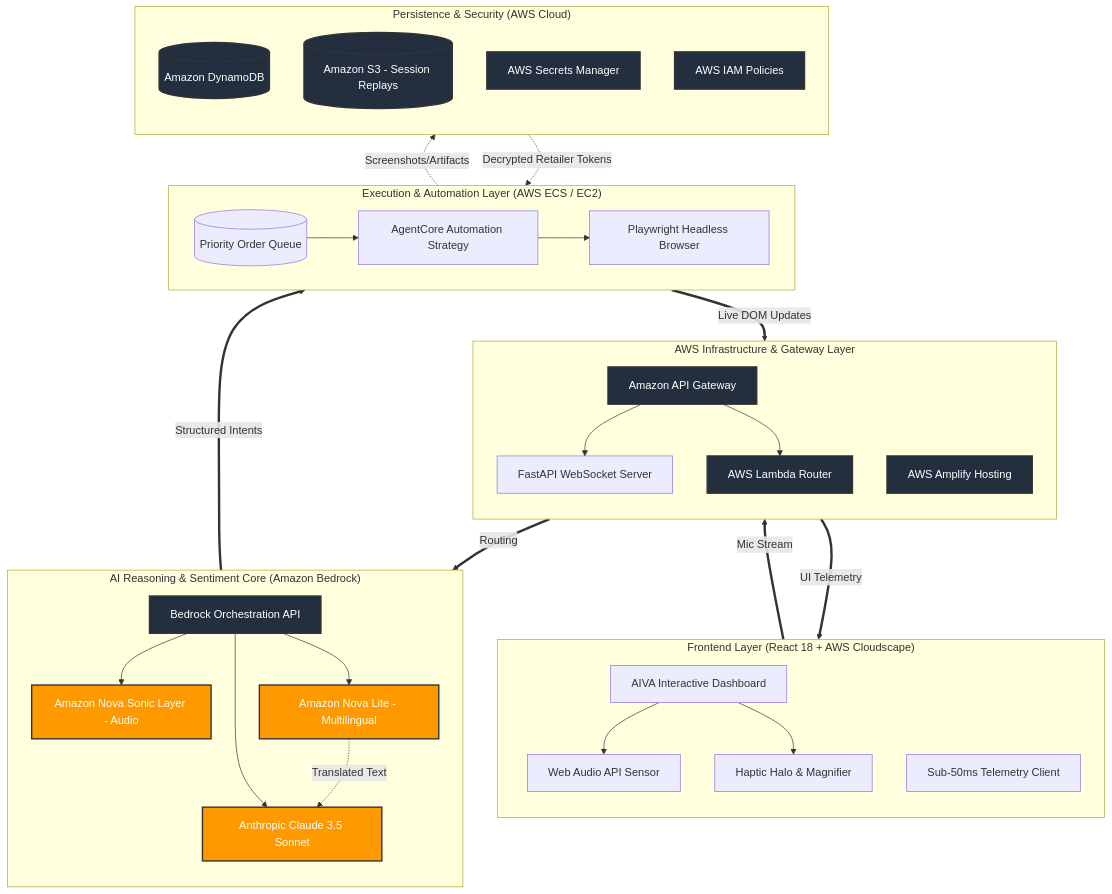
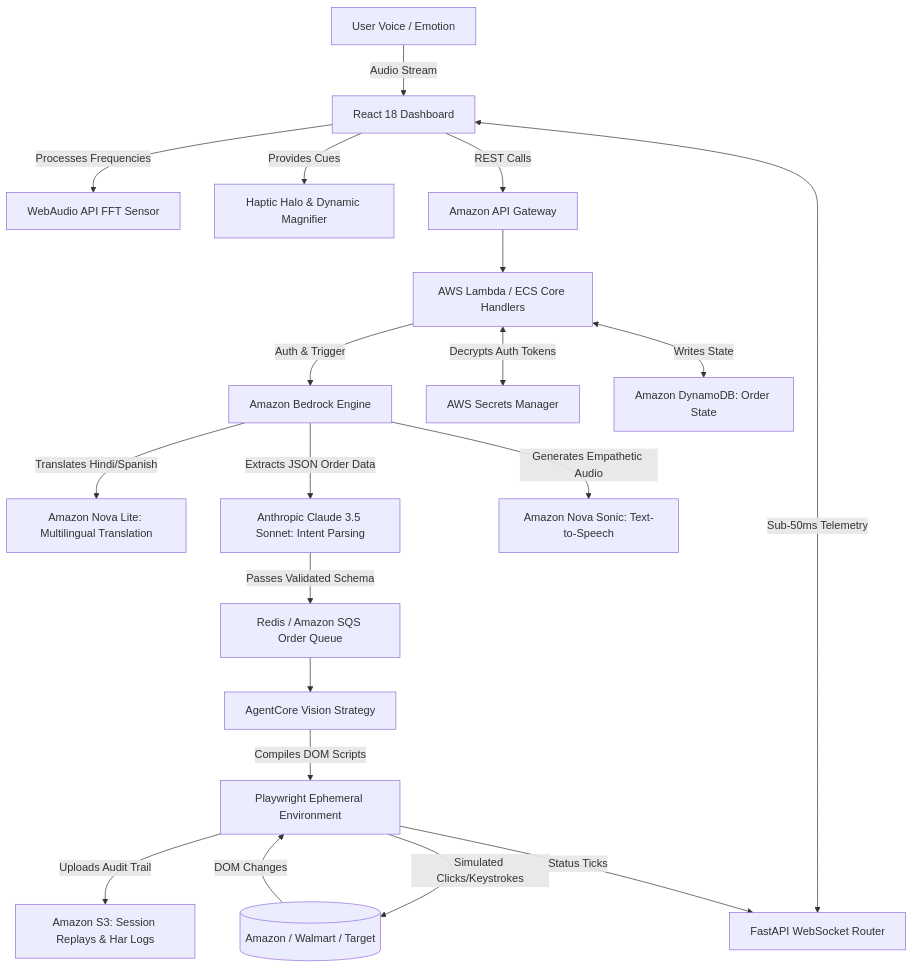
One commit to PramitKumarPanda18/AIVA-Web-Accessibility-Assistant changed the diagram in README.md. Above: the diagram before and after it, drawn with Mermaid. The commit also changed other lines of this file, not shown here.

Commit message:
Expand README to maximum detail, fix architecture diagram visibility, format credits

````diff
--- a/README.md
+++ b/README.md
@@ -60,70 +82,57 @@
 ```mermaid
-graph TB
+graph TD
 
-subgraph "Frontend Layer (React 18 + AWS Cloudscape)"
-    direction TB
-    UI_Dashboard[AIVA Interactive Dashboard]
-    AudioAPI[Web Audio API Sensor]
-    VisualFeedback[Haptic Halo & Magnifier]
-    WebSocketClient[Sub-50ms Telemetry Client]
+    %% SENSORY LAYER
+    User_Voice[User Voice / Emotion] 
+    React_Dashboard[React 18 Dashboard]
+    WebAudio_Sensor[WebAudio API FFT Sensor]
+    Haptic_Visuals[Haptic Halo & Dynamic Magnifier]
+    
+    User_Voice --> |Audio Stream| React_Dashboard
+    React_Dashboard --> |Processes Frequencies| WebAudio_Sensor
+    React_Dashboard --> |Provides Cues| Haptic_Visuals
 
-    UI_Dashboard --> AudioAPI
-    UI_Dashboard --> VisualFeedback
-end
+    %% API GATEWAY LAYER
+    API_Gateway[Amazon API Gateway]
+    WebSocket_Server[FastAPI WebSocket Router]
+    Lambda_Core[AWS Lambda / ECS Core Handlers]
 
-subgraph "AWS Infrastructure & Gateway Layer"
-    direction TB
-    APIGateway[Amazon API Gateway]
-    Amplify[AWS Amplify Hosting]
-    Lambda[AWS Lambda Router]
-    WSS[FastAPI WebSocket Server]
+    React_Dashboard --> |REST Calls| API_Gateway
+    React_Dashboard <--> |Sub-50ms Telemetry| WebSocket_Server
+    API_Gateway --> Lambda_Core
 
-    APIGateway --> WSS
-    APIGateway --> Lambda
-end
+    %% AI REASONING LAYER (AWS BEDROCK)
+    Bedrock_Runtime[Amazon Bedrock Engine]
+    Nova_Lite[Amazon Nova Lite: Multilingual Translation]
+    Claude_Sonnet[Anthropic Claude 3.5 Sonnet: Intent Parsing]
+    Nova_Sonic[Amazon Nova Sonic: Text-to-Speech]
 
-subgraph "AI Reasoning & Sentiment Core (Amazon Bedrock)"
-    direction TB
-    BedrockControl[Bedrock Orchestration API]
-    NovaSonic[Amazon Nova Sonic Layer - Audio]
-    NovaLite[Amazon Nova Lite - Multilingual]
-    Claude35[Anthropic Claude 3.5 Sonnet]
+    Lambda_Core --> |Auth & Trigger| Bedrock_Runtime
+    Bedrock_Runtime --> |Translates Hindi/Spanish| Nova_Lite
+    Bedrock_Runtime --> |Extracts JSON Order Data| Claude_Sonnet
+    Bedrock_Runtime --> |Generates Empathetic Audio| Nova_Sonic
 
-    BedrockControl --> NovaSonic
-    BedrockControl --> NovaLite
-    BedrockControl --> Claude35
-end
+    %% EXECUTION & AUTOMATION LAYER
+    Task_Queue[Redis / Amazon SQS Order Queue]
+    AgentCore_Engine[AgentCore Vision Strategy]
+    Headless_Browser[Playwright Ephemeral Environment]
+    Retailer_Target[(Amazon / Walmart / Target)]
 
-subgraph "Execution & Automation Layer (AWS ECS / EC2)"
-    direction LR
-    OrderQueue[(Priority Order Queue)]
-    AgentCore[AgentCore Automation Strategy]
-    Playwright[Playwright Headless Browser]
+    Claude_Sonnet --> |Passes Validated Schema| Task_Queue
+    Task_Queue --> AgentCore_Engine
+    AgentCore_Engine --> |Compiles DOM Scripts| Headless_Browser
+    Headless_Browser --> |Simulated Clicks/Keystrokes| Retailer_Target
 
-    OrderQueue --> AgentCore
-    AgentCore --> Playwright
-end
+    %% PERSISTENCE & SECURITY
+    Secrets_Manager[AWS Secrets Manager]
+    DynamoDB[Amazon DynamoDB: Order State]
+    S3_Bucket[Amazon S3: Session Replays & Har Logs]
 
-subgraph "Persistence & Security (AWS Cloud)"
-    direction TB
-    DynamoDB[(Amazon DynamoDB)]
-    S3[(Amazon S3 - Session Replays)]
-    SecretsMgr[AWS Secrets Manager]
-    IAM[AWS IAM Policies]
-end
-
-%% Connections
-AudioAPI ==>|Mic Stream| APIGateway
-APIGateway ==>|Routing| BedrockControl
-NovaLite -.->|Translated Text| Claude35
-Claude35 ==>|Structured Intents| OrderQueue
-Playwright ==>|Live DOM Updates| WSS
-WSS ==>|UI Telemetry| WebSocketClient
-SecretsMgr -.->|Decrypted Retailer Tokens| AgentCore
-Playwright -.->|Screenshots/Artifacts| S3
-
-classDef core fill:#232F3E,stroke:#333,stroke-width:2px,color:#fff;
-class APIGateway,Lambda,BedrockControl,DynamoDB,S3,SecretsMgr,IAM,Amplify core;
-classDef ai fill:#FF9900,stroke:#333,stroke-width:2px,color:#fff;
-class Claude35,NovaLite,NovaSonic ai;
+    Lambda_Core <--> |Decrypts Auth Tokens| Secrets_Manager
+    Lambda_Core <--> |Writes State| DynamoDB
+    Headless_Browser --> |Uploads Audit Trail| S3_Bucket
+    
+    %% FEEDBACK LOOP
+    Retailer_Target --> |DOM Changes| Headless_Browser
+    Headless_Browser --> |Status Ticks| WebSocket_Server
 ```
````
